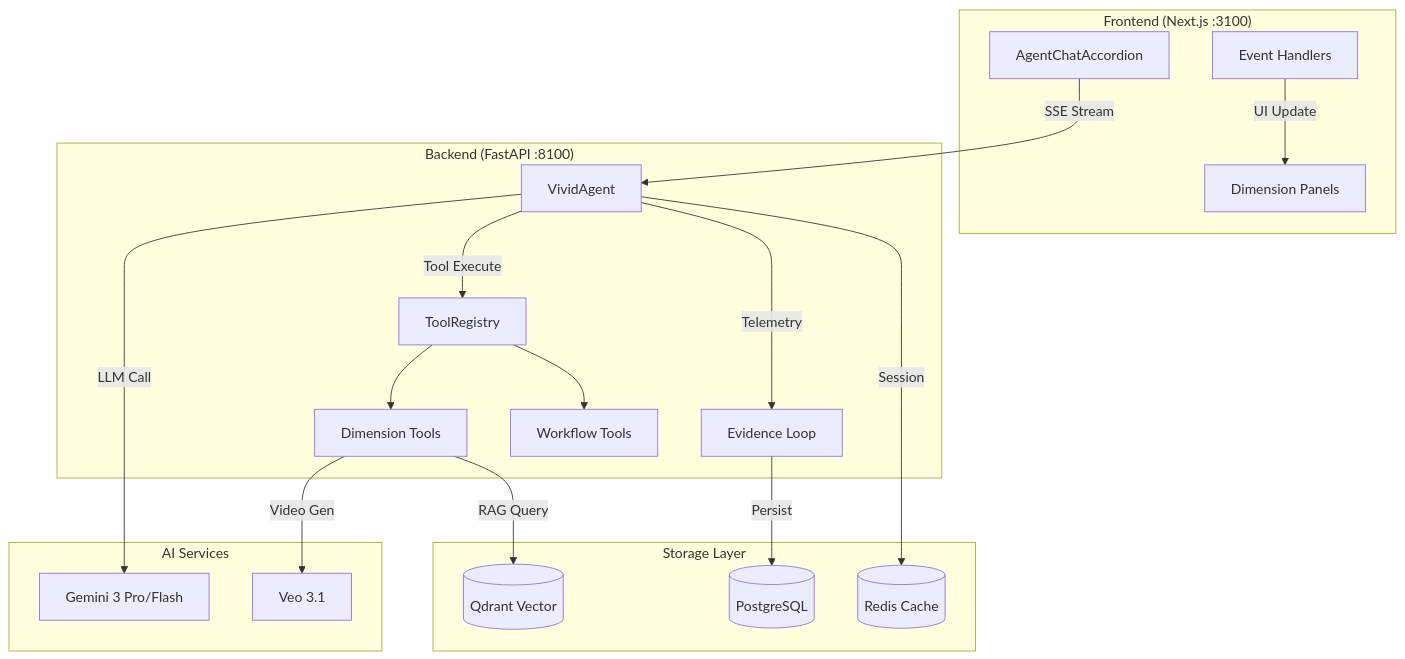
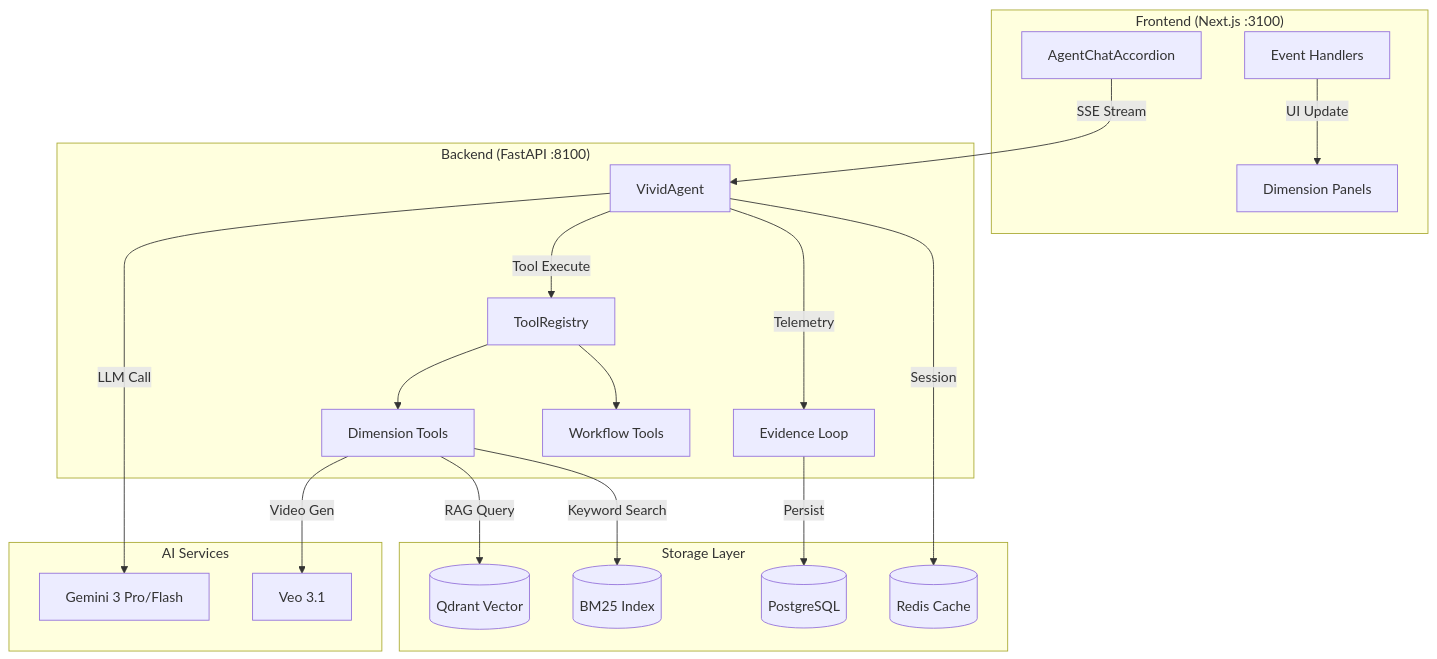
The first of 6 diagrams in docs/AGENT_ARCHITECTURE.md (ds4psb-ai/vivid), drawn with Mermaid before and after one commit. The commit also changed other lines of this file and 4 other files, not shown here.

````diff
--- a/docs/AGENT_ARCHITECTURE.md
+++ b/docs/AGENT_ARCHITECTURE.md
@@ -17,39 +17,41 @@
 ```mermaid
 graph TB
     subgraph Frontend["Frontend (Next.js :3100)"]
         UI[AgentChatAccordion]
         EH[Event Handlers]
         DP[Dimension Panels]
     end
 
     subgraph Backend["Backend (FastAPI :8100)"]
         Agent[VividAgent]
         TR[ToolRegistry]
         EL[Evidence Loop]
         DT[Dimension Tools]
         WT[Workflow Tools]
     end
 
     subgraph AI["AI Services"]
         Gemini[Gemini 3 Pro/Flash]
         Veo[Veo 3.1]
     end
 
     subgraph Storage["Storage Layer"]
         PG[(PostgreSQL)]
         Redis[(Redis Cache)]
         Qdrant[(Qdrant Vector)]
+        BM25[(BM25 Index)]
     end
 
     UI -->|SSE Stream| Agent
     Agent -->|LLM Call| Gemini
     Agent -->|Tool Execute| TR
     TR --> DT
     TR --> WT
     DT -->|Video Gen| Veo
     DT -->|RAG Query| Qdrant
+    DT -->|Keyword Search| BM25
     Agent -->|Telemetry| EL
     EL -->|Persist| PG
     Agent -->|Session| Redis
     EH -->|UI Update| DP
 ```
````
